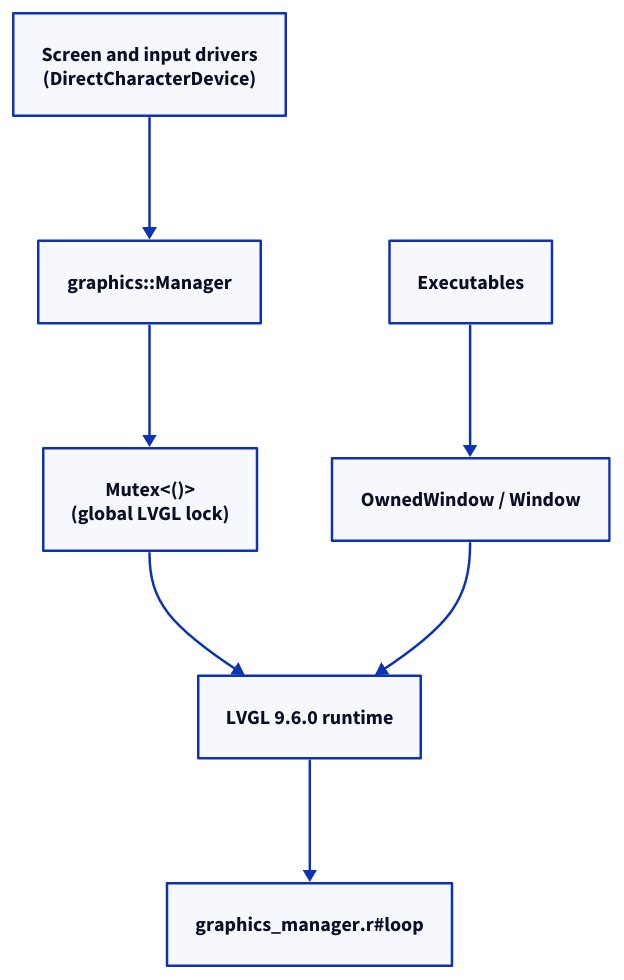
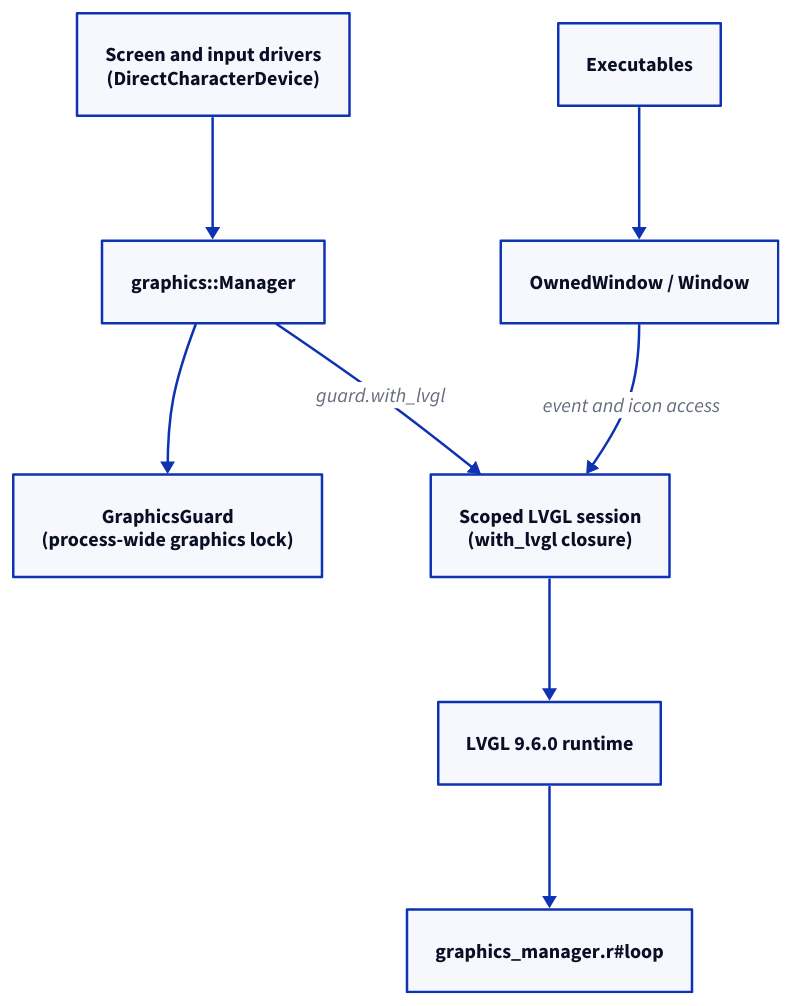
One commit to xila-project/website changed the diagram in src/content/docs/explanation/architecture/subsystems/graphics.mdx. Above: the diagram before and after it, drawn with D2. The commit also changed other lines of this file and 16 other files, not shown here.

First line of the commit message:
docs: document the shell, Bluetooth, graphics lock, crash and registry changes of late November 2026 (#180)

````diff
--- a/src/content/docs/explanation/architecture/subsystems/graphics.mdx
+++ b/src/content/docs/explanation/architecture/subsystems/graphics.mdx
@@ -25,18 +25,20 @@
 ```d2 title="Graphics manager coordinating devices, LVGL and application windows"
 direction: down
 
 devices: "Screen and input drivers\n(DirectCharacterDevice)" { class: hardware }
 manager: "graphics::Manager" { class: component }
-lock: "Mutex<()>\n(global LVGL lock)" { class: component }
+guard: "GraphicsGuard\n(process-wide graphics lock)" { class: focus }
+session: "Scoped LVGL session\n(with_lvgl closure)" { class: component }
 lvgl: "LVGL 9.6.0 runtime" { class: component }
 loop: "graphics_manager.r#loop" { class: component }
 executables: "Executables" { class: component }
 window: "OwnedWindow / Window" { class: component }
 
 devices -> manager
-manager -> lock
-lock -> lvgl
+manager -> guard
+manager -> session: "guard.with_lvgl"
+session -> lvgl
 lvgl -> loop
 executables -> window
-window -> lvgl
+window -> session: "event and icon access"
 ```
````
